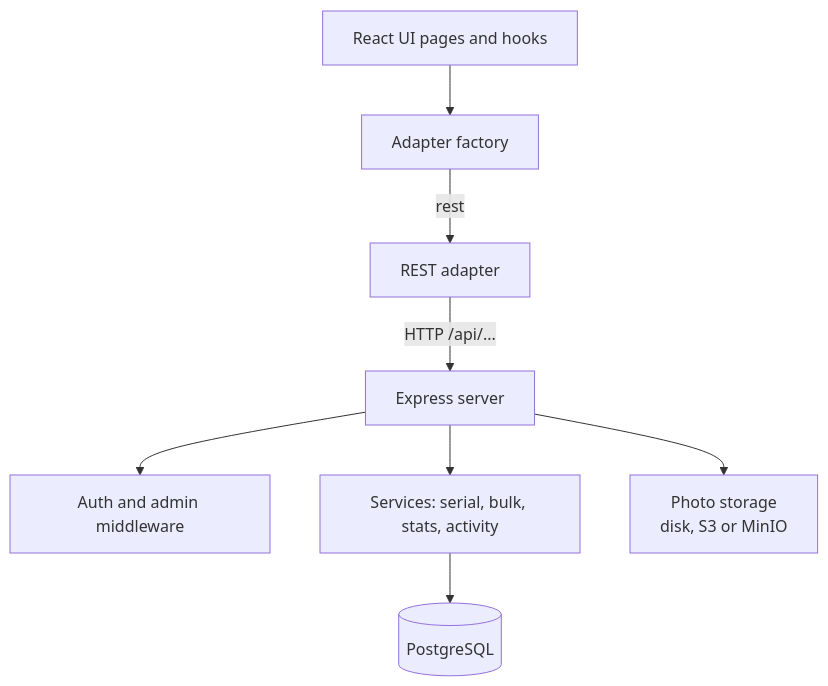
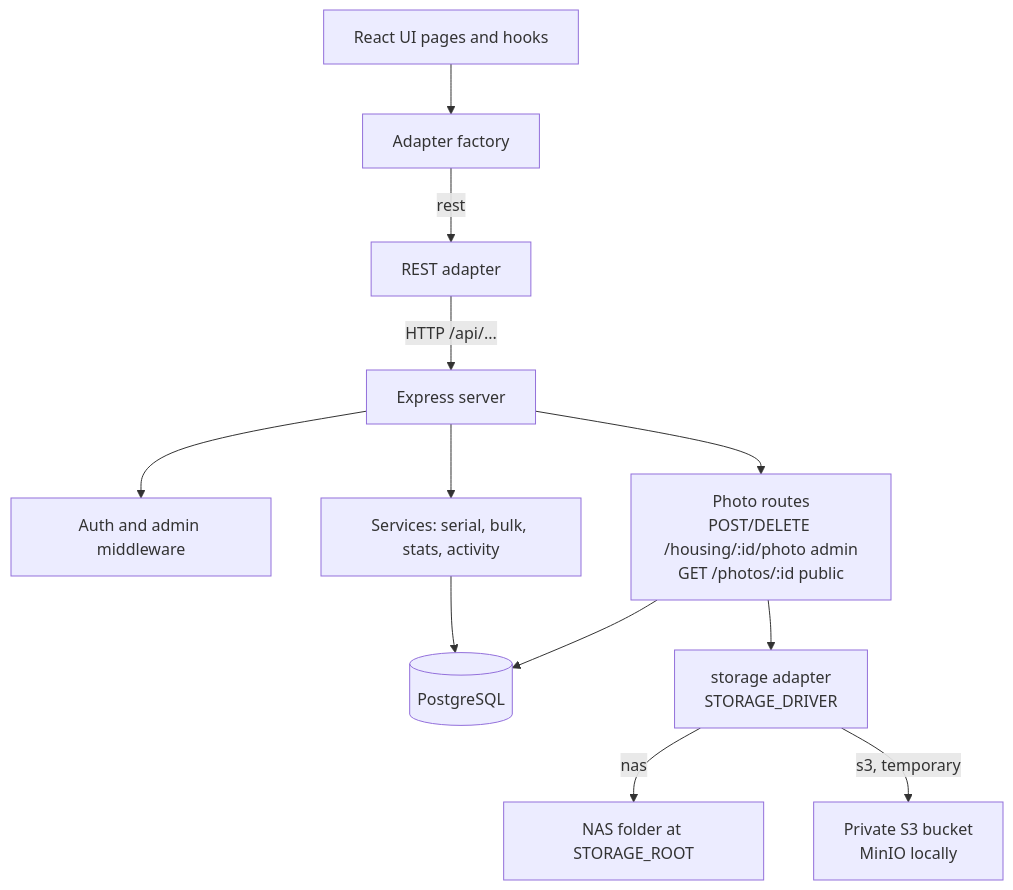
The second of 3 diagrams in docs/diagrams/backend-architecture.md (rajuofficialasf-hub/house-construction), drawn with Mermaid before and after one commit. The commit also changed other lines of this file and 1 other file, not shown here.

Commit message:
docs(plan): start C5 photos

````diff
--- a/docs/diagrams/backend-architecture.md
+++ b/docs/diagrams/backend-architecture.md
@@ -19,10 +19,14 @@
 ```mermaid
 flowchart TB
   UI[React UI pages and hooks] --> F[Adapter factory]
   F -->|rest| RA[REST adapter]
   RA -->|HTTP /api/...| EX[Express server]
   EX --> MW[Auth and admin middleware]
   EX --> SV[Services: serial, bulk, stats, activity]
   SV --> PG[(PostgreSQL)]
-  EX --> FS[Photo storage<br/>disk, S3 or MinIO]
+  EX --> PH[Photo routes<br/>POST/DELETE /housing/:id/photo admin<br/>GET /photos/:id public]
+  PH --> PG
+  PH --> STG[storage adapter<br/>STORAGE_DRIVER]
+  STG -->|nas| NAS[NAS folder at STORAGE_ROOT]
+  STG -->|s3, temporary| S3[Private S3 bucket<br/>MinIO locally]
 ```
````
